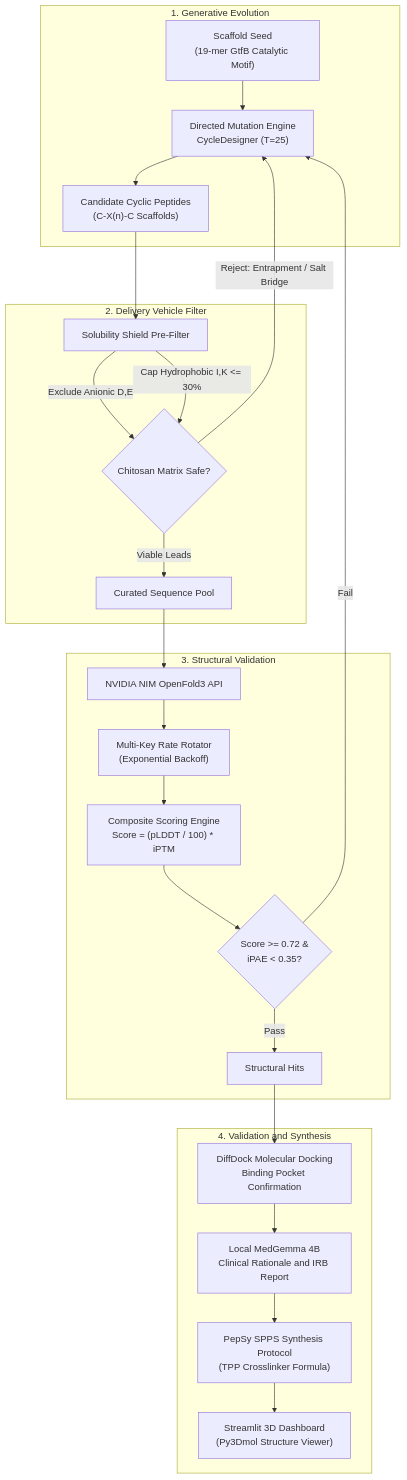
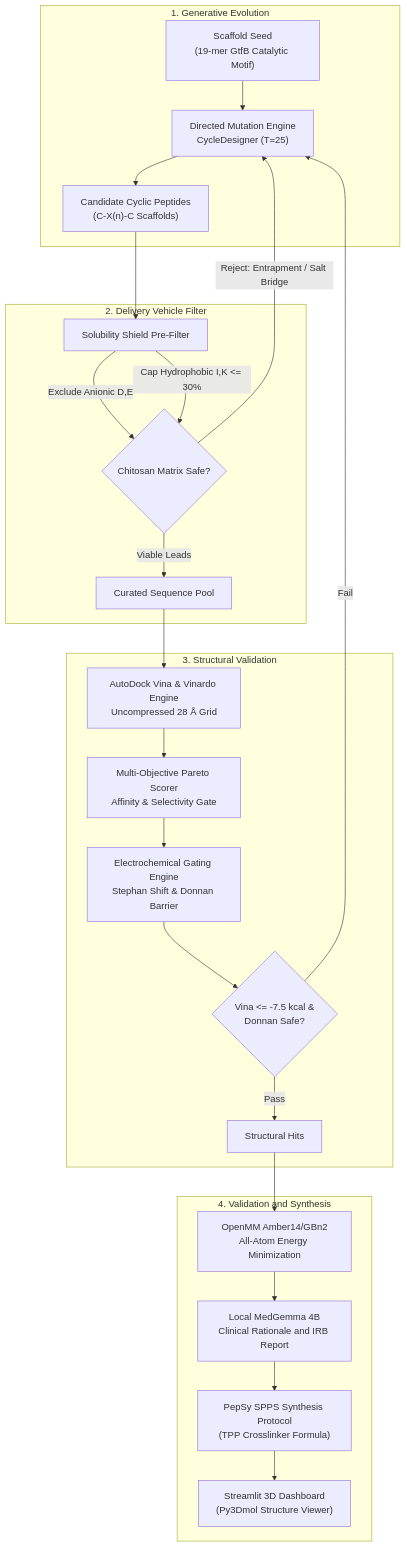
Before and after one commit to DrCiroSmith/DrNemo-Caries-Foundry: the diagram in README.md, drawn with Mermaid. The commit also changed other lines of this file and 727 other files, not shown here.

````diff
--- a/README.md
+++ b/README.md
@@ -57,31 +57,31 @@
 ```mermaid
 flowchart TD
     subgraph S1["1. Generative Evolution"]
         A["Scaffold Seed<br/>(19-mer GtfB Catalytic Motif)"] --> B["Directed Mutation Engine<br/>CycleDesigner (T=25)"]
         B --> C["Candidate Cyclic Peptides<br/>(C-X(n)-C Scaffolds)"]
     end
 
     subgraph S2["2. Delivery Vehicle Filter"]
         C --> D["Solubility Shield Pre-Filter"]
         D -->|Exclude Anionic D,E| E{"Chitosan Matrix Safe?"}
         D -->|Cap Hydrophobic I,K <= 30%| E
         E -->|Reject: Entrapment / Salt Bridge| B
         E -->|Viable Leads| F["Curated Sequence Pool"]
     end
 
     subgraph S3["3. Structural Validation"]
-        F --> G["NVIDIA NIM OpenFold3 API"]
-        G --> H["Multi-Key Rate Rotator<br/>(Exponential Backoff)"]
-        H --> I["Composite Scoring Engine<br/>Score = (pLDDT / 100) * iPTM"]
-        I --> J{"Score >= 0.72 &<br/>iPAE < 0.35?"}
+        F --> G["AutoDock Vina & Vinardo Engine<br/>Uncompressed 28 Å Grid"]
+        G --> H["Multi-Objective Pareto Scorer<br/>Affinity & Selectivity Gate"]
+        H --> I["Electrochemical Gating Engine<br/>Stephan Shift & Donnan Barrier"]
+        I --> J{"Vina <= -7.5 kcal &<br/>Donnan Safe?"}
         J -->|Fail| B
         J -->|Pass| K["Structural Hits"]
     end
 
     subgraph S4["4. Validation and Synthesis"]
-        K --> L["DiffDock Molecular Docking<br/>Binding Pocket Confirmation"]
+        K --> L["OpenMM Amber14/GBn2<br/>All-Atom Energy Minimization"]
         L --> M["Local MedGemma 4B<br/>Clinical Rationale and IRB Report"]
         M --> N["PepSy SPPS Synthesis Protocol<br/>(TPP Crosslinker Formula)"]
         N --> O["Streamlit 3D Dashboard<br/>(Py3Dmol Structure Viewer)"]
     end
 ```
````
